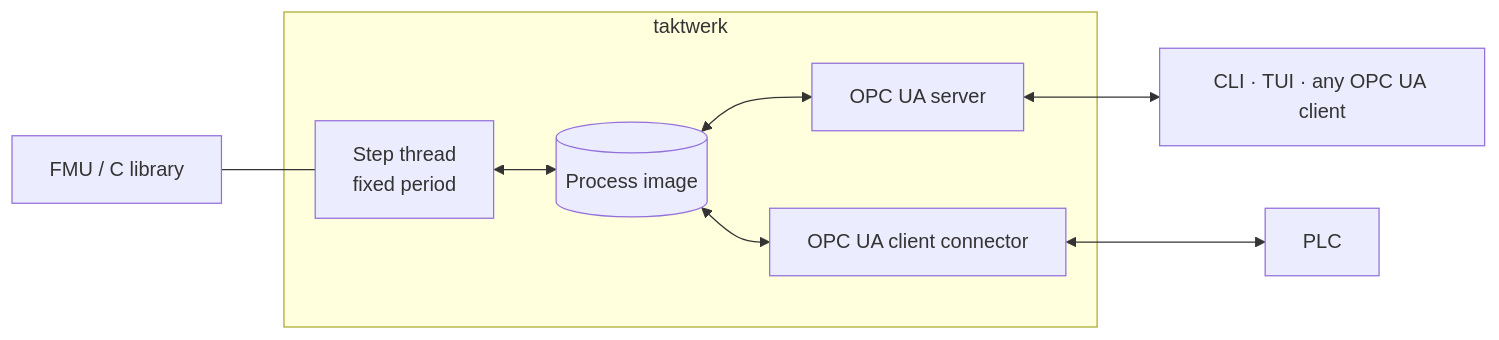
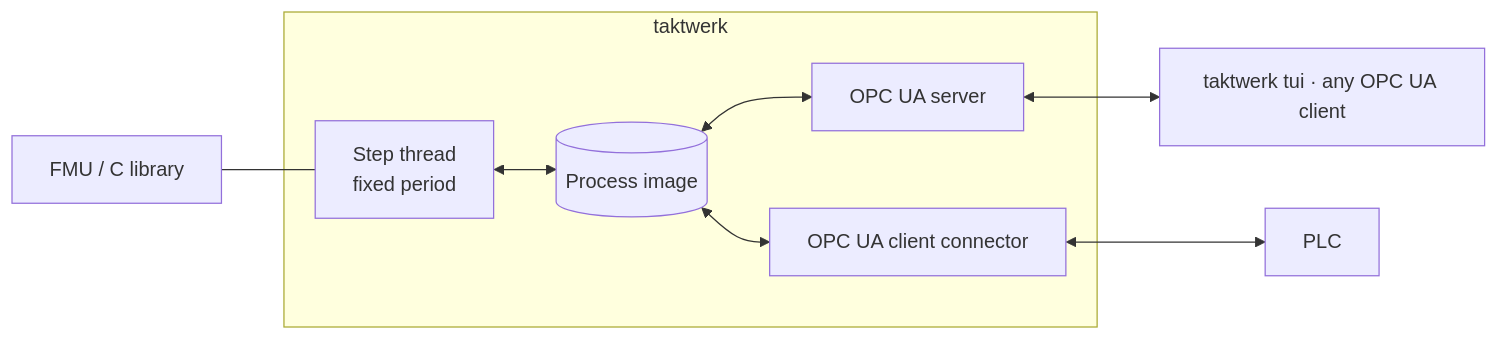
One commit to labinetix/taktwerk changed the diagram in README.md. Above: the diagram before and after it, drawn with Mermaid. The commit also changed other lines of this file and 5 other files, not shown here.

````diff
--- a/README.md
+++ b/README.md
@@ -7,11 +7,11 @@
 ```mermaid
 flowchart LR
   subgraph taktwerk
     S[Step thread<br/>fixed period] <--> PI[(Process image)]
     PI <--> SRV[OPC UA server]
     PI <--> C[OPC UA client connector]
   end
   M[FMU / C library] --- S
   C <--> PLC[PLC]
-  SRV <--> UI[CLI · TUI · any OPC UA client]
+  SRV <--> UI[taktwerk tui · any OPC UA client]
 ```
````
